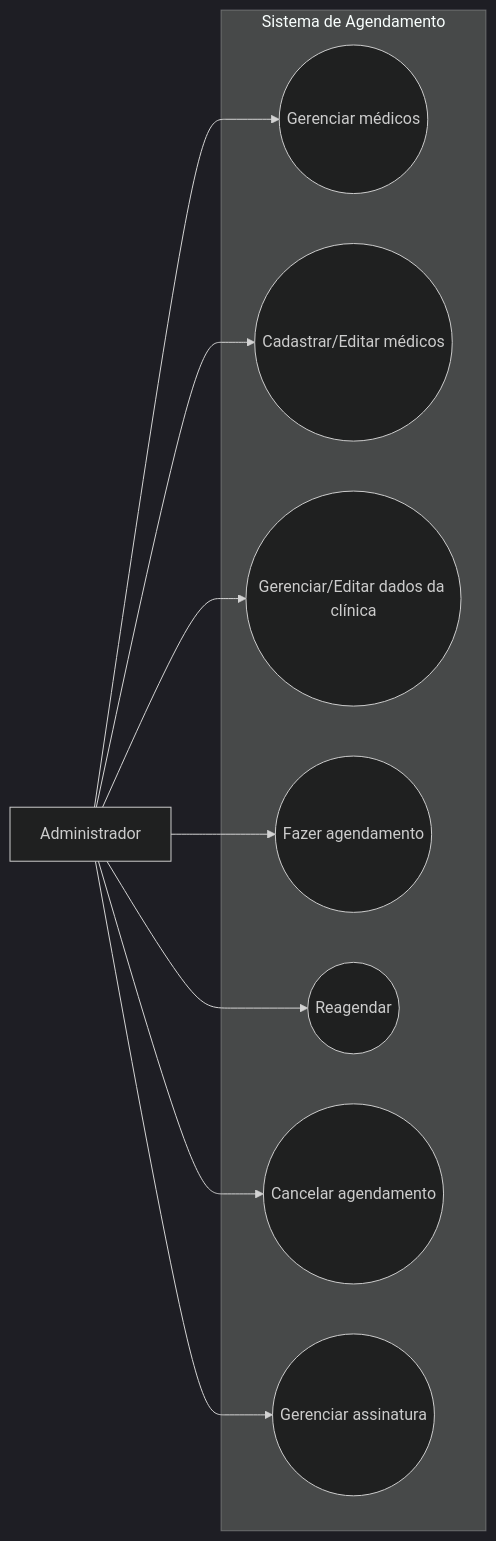
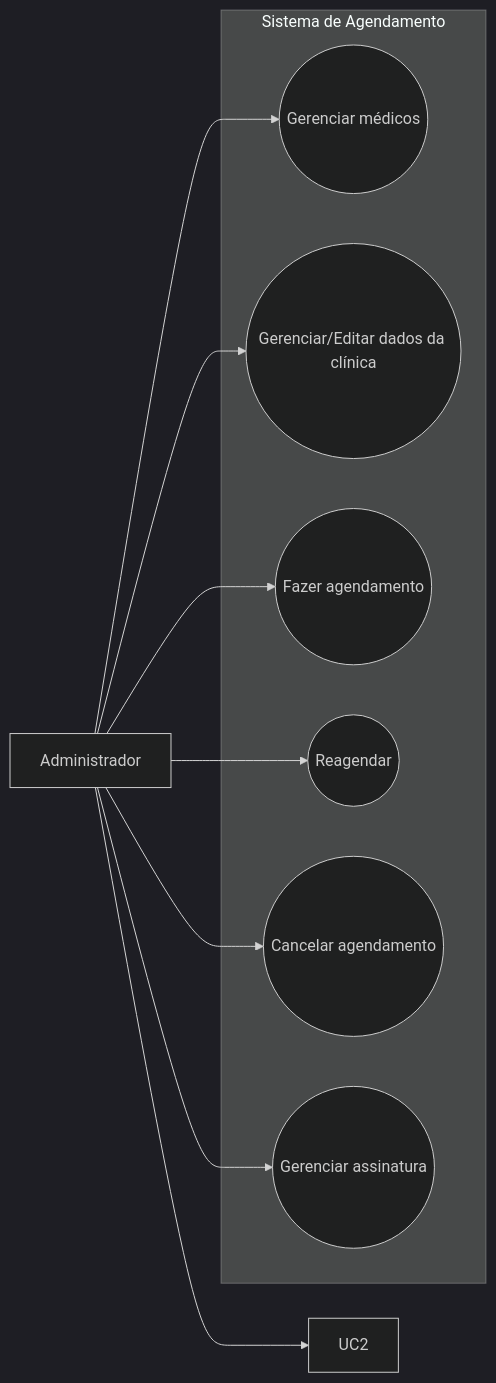
The diagram in docs/casos de uso/administrador.md (InsaneCaio/eng-soft-2026-1), drawn with Mermaid (dark theme) before and after one commit. The commit also changed other lines of this file, not shown here.

````diff
--- a/docs/casos de uso/administrador.md
+++ b/docs/casos de uso/administrador.md
@@ -15,23 +14,22 @@
 ```mermaid
 flowchart LR
     A[Administrador]
 
     subgraph Sistema de Agendamento
         UC1((Gerenciar médicos))
-        UC2((Cadastrar/Editar médicos))
         UC3((Gerenciar/Editar dados da clínica))
         UC4((Fazer agendamento))
         UC5((Reagendar))
         UC6((Cancelar agendamento))
         UC7((Gerenciar assinatura))
     end
 
     A --> UC1
     A --> UC2
     A --> UC3
     A --> UC4
     A --> UC5
     A --> UC6
     A --> UC7
 
 ```
````
